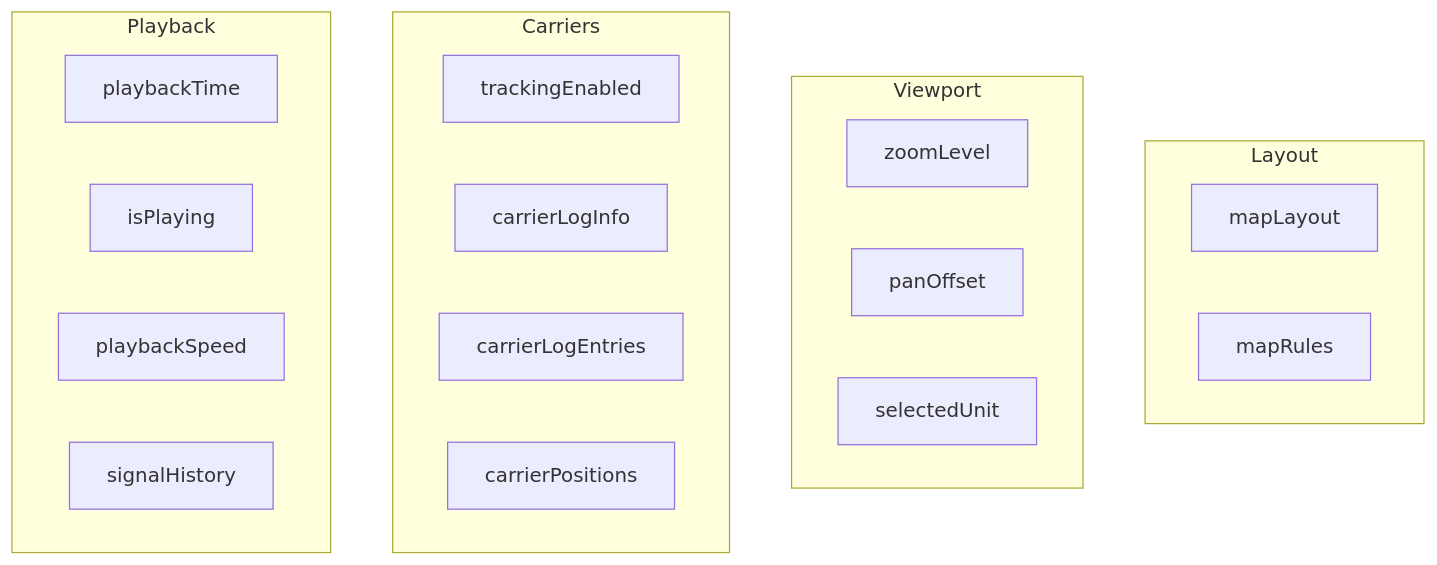
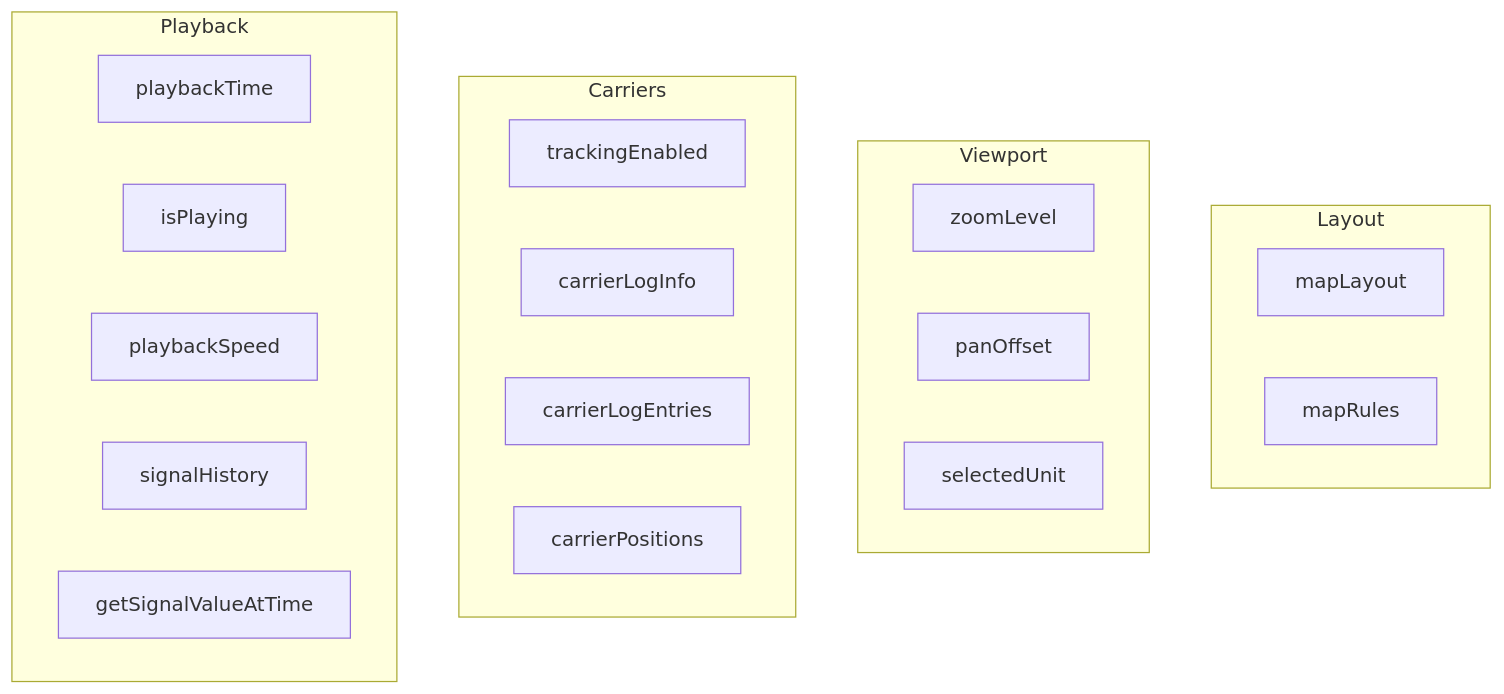
One commit to SulthanZahran91/LOG_VISUALIZER_WEB changed the fourth of 5 diagrams in .agent/architecture/state-management.md. Above: the diagram before and after it, drawn with Mermaid. The commit also changed 8 other files, not shown here.

````diff
--- a/.agent/architecture/state-management.md
+++ b/.agent/architecture/state-management.md
@@ -109,27 +109,28 @@
 ```mermaid
 flowchart TB
     subgraph Layout
         layout[mapLayout]
         rules[mapRules]
     end
     
     subgraph Viewport
         zoom[zoomLevel]
         offset[panOffset]
         selection[selectedUnit]
     end
     
     subgraph Carriers
         enabled[trackingEnabled]
         info[carrierLogInfo]
         entries[carrierLogEntries]
         positions[carrierPositions <computed>]
     end
     
     subgraph Playback
         playTime[playbackTime]
         isPlay[isPlaying]
         speed[playbackSpeed]
         history[signalHistory]
+        getVal[getSignalValueAtTime]
     end
 ```
````
